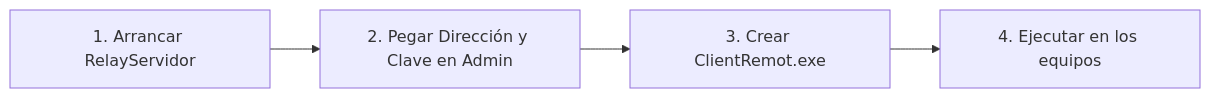
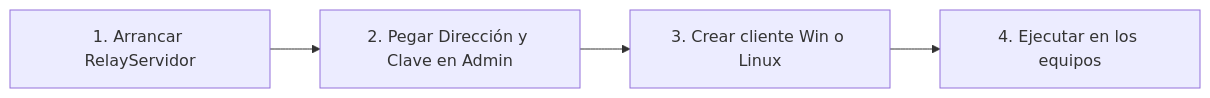
Before and after one commit to jaanque/Gecko: the second of 2 diagrams in README.md, drawn with Mermaid. The commit also changed other lines of this file and 22 other files, not shown here.

`````diff
--- a/README.md
+++ b/README.md
@@ -32,6 +32,6 @@
 ```mermaid
 flowchart LR
     S1["1. Arrancar RelayServidor"] --> S2["2. Pegar Dirección y Clave en Admin"]
-    S2 --> S3["3. Crear ClientRemot.exe"]
+    S2 --> S3["3. Crear cliente Win o Linux"]
     S3 --> S4["4. Ejecutar en los equipos"]
-````
+```
`````
